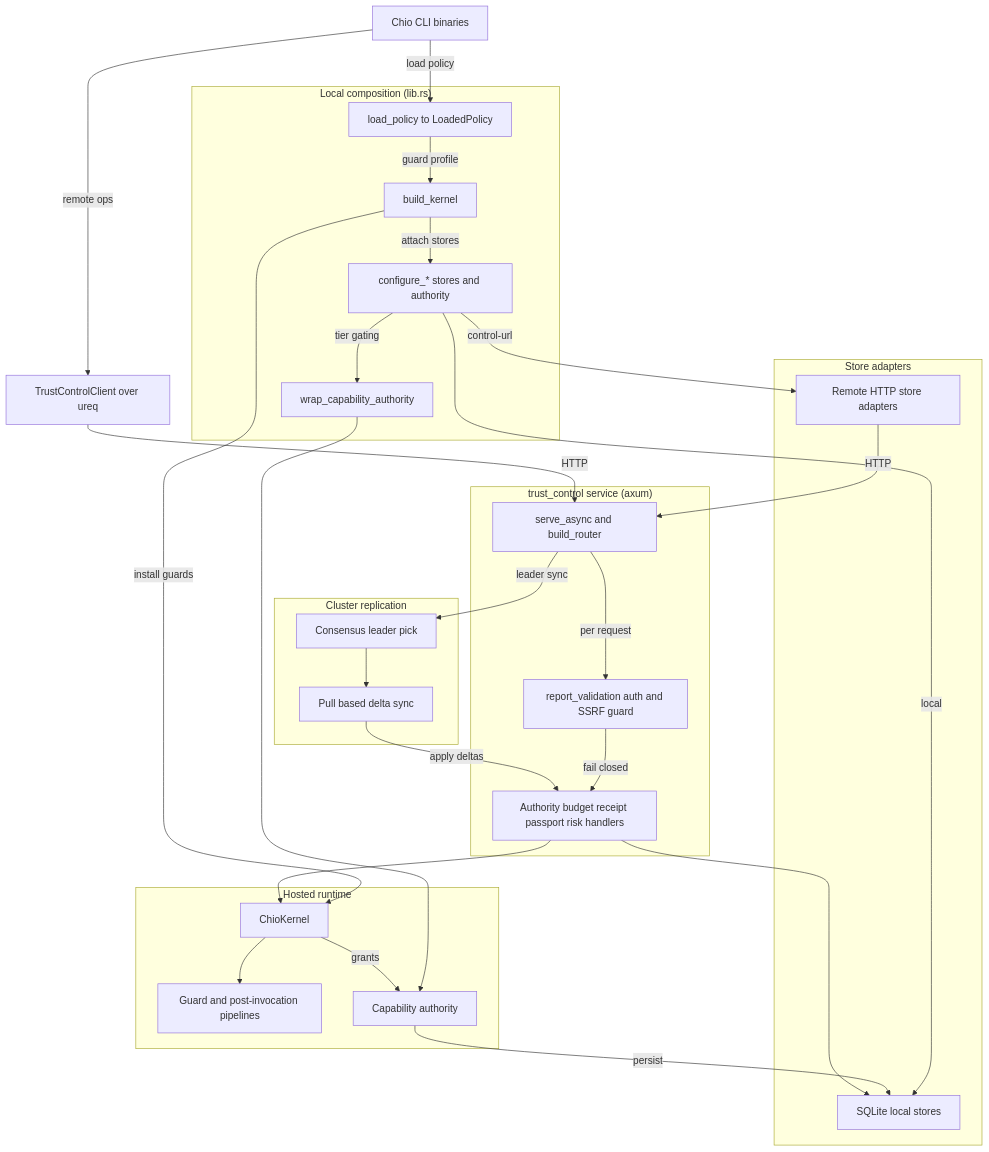
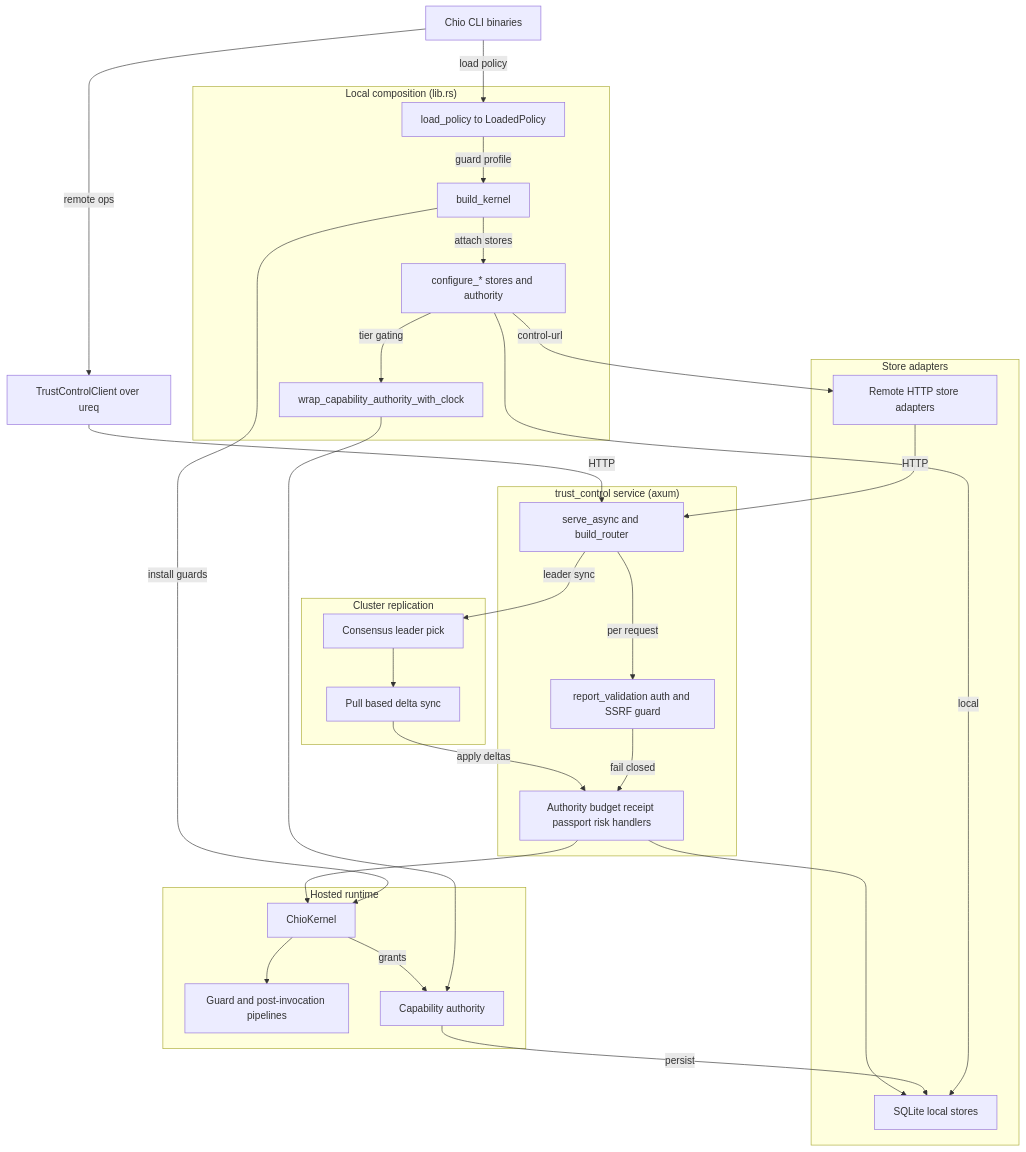
The diagram in crates/platform/chio-control-plane/ARCHITECTURE.md (bb-connor/arc), drawn with Mermaid before and after one commit. The commit also changed other lines of this file and 13 other files, not shown here.

First line of the commit message:
fix(control-plane): issue trust-service capabilities on the service authority clock

````diff
--- a/crates/platform/chio-control-plane/ARCHITECTURE.md
+++ b/crates/platform/chio-control-plane/ARCHITECTURE.md
@@ -21,57 +21,57 @@
 ```mermaid
 flowchart TD
     cli["Chio CLI binaries"]
 
     subgraph compose["Local composition (lib.rs)"]
         policy["load_policy to LoadedPolicy"]
         build["build_kernel"]
         configure["configure_* stores and authority"]
-        wrap["wrap_capability_authority"]
+        wrap["wrap_capability_authority_with_clock"]
     end
 
     subgraph runtime["Hosted runtime"]
         kernel["ChioKernel"]
         guards["Guard and post-invocation pipelines"]
         authority["Capability authority"]
     end
 
     subgraph stores["Store adapters"]
         sqlite["SQLite local stores"]
         remote["Remote HTTP store adapters"]
     end
 
     subgraph service["trust_control service (axum)"]
         serve["serve_async and build_router"]
         auth["report_validation auth and SSRF guard"]
         handlers["Authority budget receipt passport risk handlers"]
     end
 
     subgraph cluster["Cluster replication"]
         consensus["Consensus leader pick"]
         sync["Pull based delta sync"]
     end
 
     client["TrustControlClient over ureq"]
 
     cli -->|load policy| policy
     policy -->|guard profile| build
     build -->|install guards| kernel
     kernel --> guards
     build -->|attach stores| configure
     configure -->|tier gating| wrap
     wrap --> authority
     kernel -->|grants| authority
     configure -->|local| sqlite
     configure -->|control-url| remote
     authority -->|persist| sqlite
     cli -->|remote ops| client
     client -->|HTTP| serve
     remote -->|HTTP| serve
     serve -->|per request| auth
     auth -->|fail closed| handlers
     handlers --> kernel
     handlers --> sqlite
     serve -->|leader sync| consensus
     consensus --> sync
     sync -->|apply deltas| handlers
 ```
````
